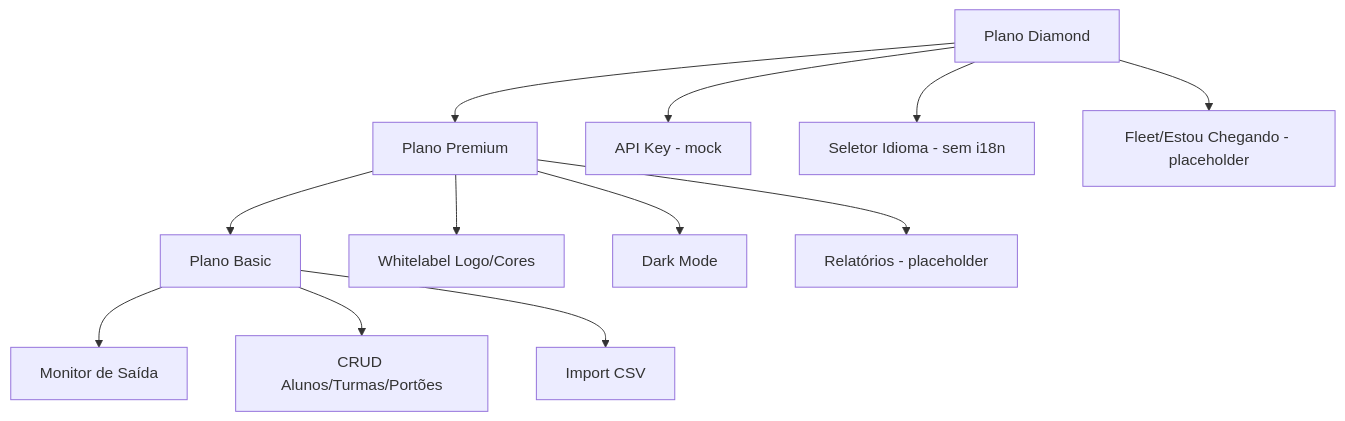
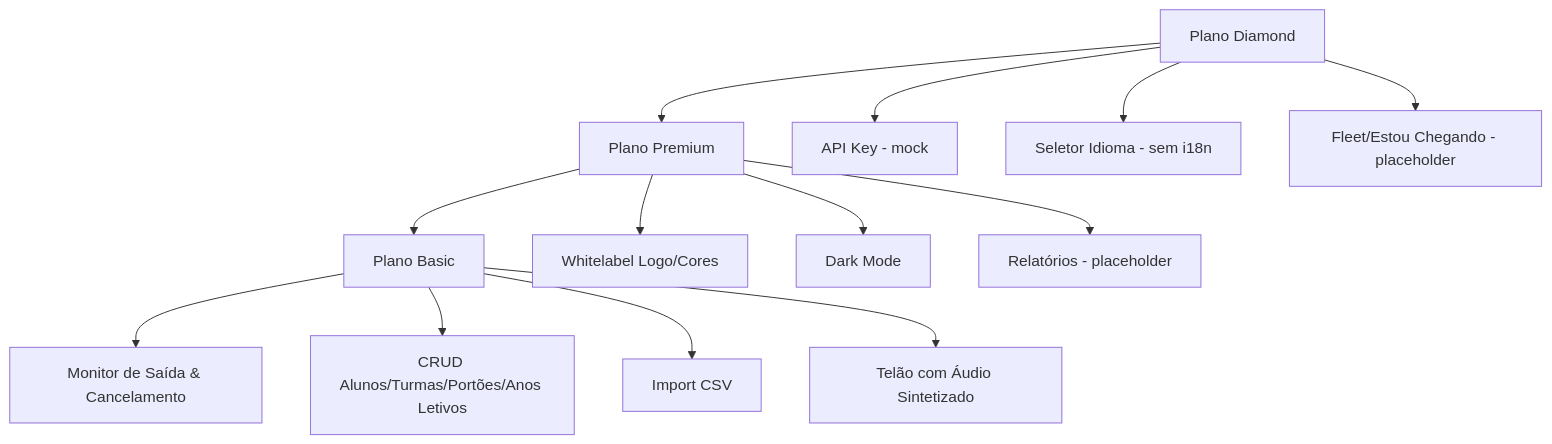
Before and after one commit to wesleytj/smart-exit-school: the diagram in docs/funcionalidades.md, drawn with Mermaid. The commit also changed other lines of this file and 2 other files, not shown here.

First line of the commit message:
docs(scope-4): functional domain, roadmap and business rules refresh (#77)

````diff
--- a/docs/funcionalidades.md
+++ b/docs/funcionalidades.md
@@ -208,20 +213,21 @@
 ```mermaid
 graph TD
     Basic[Plano Basic]
     Premium[Plano Premium]
     Diamond[Plano Diamond]
 
-    Basic --> Monitor[Monitor de Saída]
-    Basic --> CRUD[CRUD Alunos/Turmas/Portões]
+    Basic --> Monitor[Monitor de Saída & Cancelamento]
+    Basic --> CRUD[CRUD Alunos/Turmas/Portões/Anos Letivos]
     Basic --> Import[Import CSV]
+    Basic --> TV[Telão com Áudio Sintetizado]
 
     Premium --> Basic
     Premium --> WL[Whitelabel Logo/Cores]
     Premium --> DM[Dark Mode]
     Premium --> Reports[Relatórios - placeholder]
 
     Diamond --> Premium
     Diamond --> API[API Key - mock]
     Diamond --> Lang[Seletor Idioma - sem i18n]
     Diamond --> Fleet[Fleet/Estou Chegando - placeholder]
 ```
````
